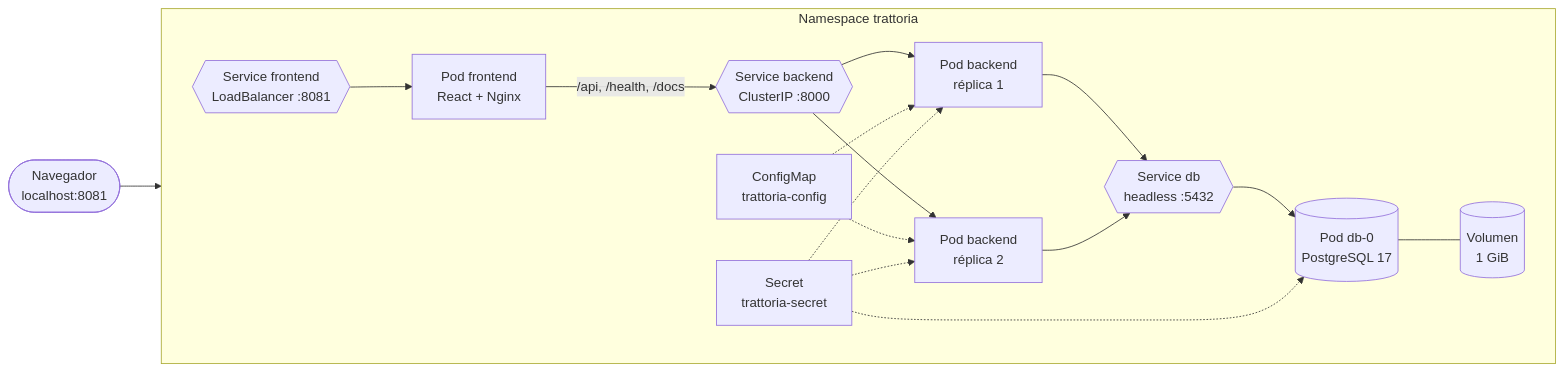
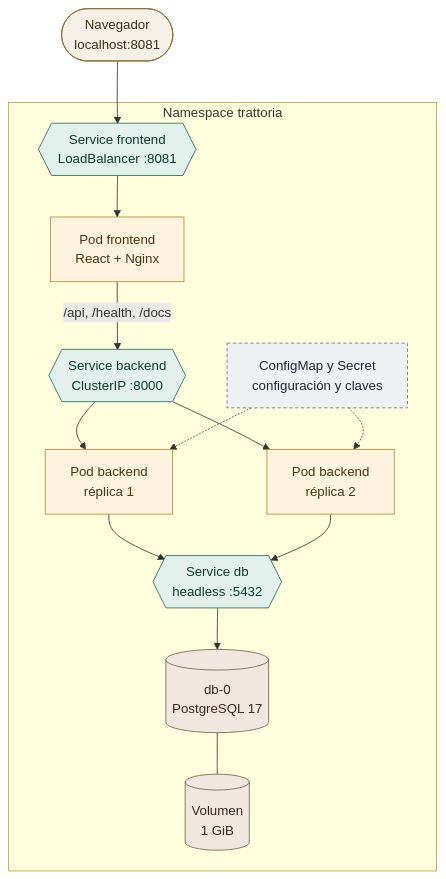
Before and after one commit to Restaurante-Tattoria-Bellavista/restaurante-italiano-software: the first of 3 diagrams in k8s/README.md, drawn with Mermaid. The commit also changed other lines of this file, not shown here.

Commit message:
docs(HU-19): diagramas más claros en el README de Kubernetes

````diff
--- a/k8s/README.md
+++ b/k8s/README.md
@@ -20,31 +20,39 @@
 ```mermaid
-flowchart LR
+flowchart TB
     U(["Navegador<br/>localhost:8081"])
 
     subgraph NS["Namespace trattoria"]
-        direction LR
         SF{{"Service frontend<br/>LoadBalancer :8081"}}
         F["Pod frontend<br/>React + Nginx"]
         SB{{"Service backend<br/>ClusterIP :8000"}}
         B1["Pod backend<br/>réplica 1"]
         B2["Pod backend<br/>réplica 2"]
+        CS["ConfigMap y Secret<br/>configuración y claves"]
         SD{{"Service db<br/>headless :5432"}}
-        D[("Pod db-0<br/>PostgreSQL 17")]
+        D[("db-0<br/>PostgreSQL 17")]
         V[("Volumen<br/>1 GiB")]
-        CM["ConfigMap<br/>trattoria-config"]
-        S["Secret<br/>trattoria-secret"]
     end
 
-    U --> SF --> F
+    U --> SF
+    SF --> F
     F -- "/api, /health, /docs" --> SB
     SB --> B1
     SB --> B2
     B1 --> SD
     B2 --> SD
-    SD --> D --- V
-    CM -.-> B1
-    CM -.-> B2
-    S -.-> B1
-    S -.-> B2
-    S -.-> D
+    SD --> D
+    D --- V
+    CS -.-> B1
+    CS -.-> B2
+
+    classDef entrada fill:#f6f1e7,stroke:#8a6d3b,color:#3d2f14
+    classDef servicio fill:#e3f1ec,stroke:#1d6b57,color:#0b3d31
+    classDef pod fill:#fdf3df,stroke:#b8862f,color:#4a3510
+    classDef datos fill:#f1e7e1,stroke:#7a5c45,color:#3b2a1d
+    classDef config fill:#eef0f2,stroke:#6b7280,color:#1f2937,stroke-dasharray:4 3
+    class U entrada
+    class SF,SB,SD servicio
+    class F,B1,B2 pod
+    class D,V datos
+    class CS config
 ```
````
